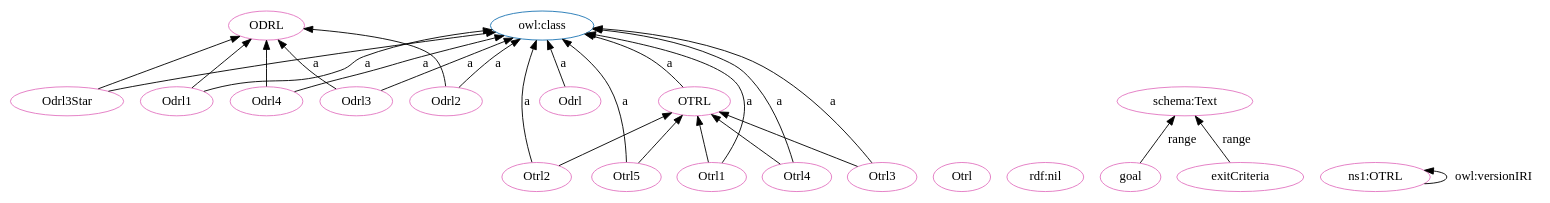
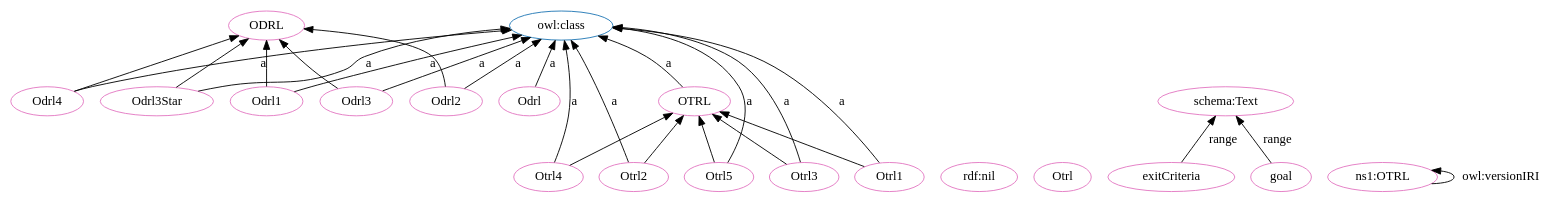
The diagram in OTRL-clean.dot (OPEN-NEXT/OKH-LOSH), drawn with Graphviz before and after one commit. The commit also changed other lines of this file and 15 other files, not shown here.

```diff
--- a/OTRL-clean.dot
+++ b/OTRL-clean.dot
@@ -1,51 +1,51 @@
 digraph G {
   rankdir=BT
   node[height=.3]
 "http://purl.org/oseg/ontologies/OTRL#ODRL" [fillcolor="#1f77b4" color="#1f77b4" label="ODRL"]
+"http://www.w3.org/2002/07/owl#class" [fillcolor="#1f77b4" color="#1f77b4" label="owl:class"]
 "http://purl.org/oseg/ontologies/OTRL#OTRL" [fillcolor="#1f77b4" color="#1f77b4" label="OTRL"]
-"http://www.w3.org/2002/07/owl#class" [fillcolor="#1f77b4" color="#1f77b4" label="owl:class"]
+"http://www.w3.org/1999/02/22-rdf-syntax-ns#nil" [fillcolor="#e377c2" color="#e377c2" label="rdf:nil"]
+"http://purl.org/oseg/ontologies/OTRL#Otrl1" [fillcolor="#e377c2" color="#e377c2" label="Otrl1"]
+"http://purl.org/oseg/ontologies/OTRL#ODRL" [fillcolor="#e377c2" color="#e377c2" label="ODRL"]
+"http://purl.org/oseg/ontologies/OTRL#Otrl" [fillcolor="#e377c2" color="#e377c2" label="Otrl"]
+"http://schema.org/Text" [fillcolor="#e377c2" color="#e377c2" label="schema:Text"]
 "http://purl.org/oseg/ontologies/OTRL#OTRL" [fillcolor="#e377c2" color="#e377c2" label="OTRL"]
-"http://purl.org/oseg/ontologies/OTRL#Otrl" [fillcolor="#e377c2" color="#e377c2" label="Otrl"]
-"http://www.w3.org/1999/02/22-rdf-syntax-ns#nil" [fillcolor="#e377c2" color="#e377c2" label="rdf:nil"]
-"http://purl.org/oseg/ontologies/OTRL#Otrl3" [fillcolor="#e377c2" color="#e377c2" label="Otrl3"]
+"http://purl.org/oseg/ontologies/OTRL#Odrl" [fillcolor="#e377c2" color="#e377c2" label="Odrl"]
+"http://purl.org/oseg/ontologies/OTRL#Otrl5" [fillcolor="#e377c2" color="#e377c2" label="Otrl5"]
+"http://purl.org/oseg/ontologies/OTRL#exitCriteria" [fillcolor="#e377c2" color="#e377c2" label="exitCriteria"]
+"http://purl.org/oseg/ontologies/OTRL" [fillcolor="#e377c2" color="#e377c2" label="ns1:OTRL"]
 "http://purl.org/oseg/ontologies/OTRL#Odrl3" [fillcolor="#e377c2" color="#e377c2" label="Odrl3"]
-"http://purl.org/oseg/ontologies/OTRL#ODRL" [fillcolor="#e377c2" color="#e377c2" label="ODRL"]
 "http://purl.org/oseg/ontologies/OTRL#Odrl2" [fillcolor="#e377c2" color="#e377c2" label="Odrl2"]
-"http://schema.org/Text" [fillcolor="#e377c2" color="#e377c2" label="schema:Text"]
-"http://purl.org/oseg/ontologies/OTRL#Otrl1" [fillcolor="#e377c2" color="#e377c2" label="Otrl1"]
-"http://purl.org/oseg/ontologies/OTRL" [fillcolor="#e377c2" color="#e377c2" label="ns1:OTRL"]
 "http://purl.org/oseg/ontologies/OTRL#goal" [fillcolor="#e377c2" color="#e377c2" label="goal"]
-"http://purl.org/oseg/ontologies/OTRL#Odrl4" [fillcolor="#e377c2" color="#e377c2" label="Odrl4"]
-"http://purl.org/oseg/ontologies/OTRL#Odrl" [fillcolor="#e377c2" color="#e377c2" label="Odrl"]
 "http://purl.org/oseg/ontologies/OTRL#Odrl1" [fillcolor="#e377c2" color="#e377c2" label="Odrl1"]
-"http://purl.org/oseg/ontologies/OTRL#exitCriteria" [fillcolor="#e377c2" color="#e377c2" label="exitCriteria"]
-"http://purl.org/oseg/ontologies/OTRL#Otrl2" [fillcolor="#e377c2" color="#e377c2" label="Otrl2"]
 "http://purl.org/oseg/ontologies/OTRL#Otrl4" [fillcolor="#e377c2" color="#e377c2" label="Otrl4"]
 "http://purl.org/oseg/ontologies/OTRL#Odrl3Star" [fillcolor="#e377c2" color="#e377c2" label="Odrl3Star"]
-"http://purl.org/oseg/ontologies/OTRL#Otrl5" [fillcolor="#e377c2" color="#e377c2" label="Otrl5"]
+"http://purl.org/oseg/ontologies/OTRL#Otrl3" [fillcolor="#e377c2" color="#e377c2" label="Otrl3"]
+"http://purl.org/oseg/ontologies/OTRL#Otrl2" [fillcolor="#e377c2" color="#e377c2" label="Otrl2"]
+"http://purl.org/oseg/ontologies/OTRL#Odrl4" [fillcolor="#e377c2" color="#e377c2" label="Odrl4"]
+  "http://purl.org/oseg/ontologies/OTRL#Odrl2" -> "http://purl.org/oseg/ontologies/OTRL#ODRL" [label=""]
+  "http://purl.org/oseg/ontologies/OTRL#exitCriteria" -> "http://schema.org/Text" [label="range"]
+  "http://purl.org/oseg/ontologies/OTRL#Otrl2" -> "http://purl.org/oseg/ontologies/OTRL#OTRL" [label=""]
+  "http://purl.org/oseg/ontologies/OTRL" -> "http://purl.org/oseg/ontologies/OTRL" [label="owl:versionIRI"]
+  "http://purl.org/oseg/ontologies/OTRL#Odrl1" -> "http://purl.org/oseg/ontologies/OTRL#ODRL" [label=""]
+  "http://purl.org/oseg/ontologies/OTRL#OTRL" -> "http://www.w3.org/2002/07/owl#class" [label="a"]
+  "http://purl.org/oseg/ontologies/OTRL#Otrl4" -> "http://www.w3.org/2002/07/owl#class" [label="a"]
+  "http://purl.org/oseg/ontologies/OTRL#Odrl3Star" -> "http://www.w3.org/2002/07/owl#class" [label="a"]
+  "http://purl.org/oseg/ontologies/OTRL#Otrl3" -> "http://www.w3.org/2002/07/owl#class" [label="a"]
+  "http://purl.org/oseg/ontologies/OTRL#Odrl4" -> "http://www.w3.org/2002/07/owl#class" [label="a"]
+  "http://purl.org/oseg/ontologies/OTRL#Otrl1" -> "http://www.w3.org/2002/07/owl#class" [label="a"]
+  "http://purl.org/oseg/ontologies/OTRL#Otrl5" -> "http://www.w3.org/2002/07/owl#class" [label="a"]
   "http://purl.org/oseg/ontologies/OTRL#Odrl3" -> "http://www.w3.org/2002/07/owl#class" [label="a"]
   "http://purl.org/oseg/ontologies/OTRL#Odrl2" -> "http://www.w3.org/2002/07/owl#class" [label="a"]
-  "http://purl.org/oseg/ontologies/OTRL" -> "http://purl.org/oseg/ontologies/OTRL" [label="owl:versionIRI"]
   "http://purl.org/oseg/ontologies/OTRL#Otrl4" -> "http://purl.org/oseg/ontologies/OTRL#OTRL" [label=""]
-  "http://purl.org/oseg/ontologies/OTRL#Odrl3" -> "http://purl.org/oseg/ontologies/OTRL#ODRL" [label=""]
-  "http://purl.org/oseg/ontologies/OTRL#Odrl1" -> "http://purl.org/oseg/ontologies/OTRL#ODRL" [label=""]
-  "http://purl.org/oseg/ontologies/OTRL#Odrl" -> "http://www.w3.org/2002/07/owl#class" [label="a"]
+  "http://purl.org/oseg/ontologies/OTRL#Otrl3" -> "http://purl.org/oseg/ontologies/OTRL#OTRL" [label=""]
+  "http://purl.org/oseg/ontologies/OTRL#Odrl1" -> "http://www.w3.org/2002/07/owl#class" [label="a"]
+  "http://purl.org/oseg/ontologies/OTRL#Odrl3Star" -> "http://purl.org/oseg/ontologies/OTRL#ODRL" [label=""]
   "http://purl.org/oseg/ontologies/OTRL#Odrl4" -> "http://purl.org/oseg/ontologies/OTRL#ODRL" [label=""]
   "http://purl.org/oseg/ontologies/OTRL#Otrl1" -> "http://purl.org/oseg/ontologies/OTRL#OTRL" [label=""]
+  "http://purl.org/oseg/ontologies/OTRL#Otrl5" -> "http://purl.org/oseg/ontologies/OTRL#OTRL" [label=""]
   "http://purl.org/oseg/ontologies/OTRL#goal" -> "http://schema.org/Text" [label="range"]
-  "http://purl.org/oseg/ontologies/OTRL#Odrl2" -> "http://purl.org/oseg/ontologies/OTRL#ODRL" [label=""]
-  "http://purl.org/oseg/ontologies/OTRL#Otrl5" -> "http://purl.org/oseg/ontologies/OTRL#OTRL" [label=""]
-  "http://purl.org/oseg/ontologies/OTRL#Otrl5" -> "http://www.w3.org/2002/07/owl#class" [label="a"]
-  "http://purl.org/oseg/ontologies/OTRL#Otrl3" -> "http://purl.org/oseg/ontologies/OTRL#OTRL" [label=""]
-  "http://purl.org/oseg/ontologies/OTRL#Otrl3" -> "http://www.w3.org/2002/07/owl#class" [label="a"]
-  "http://purl.org/oseg/ontologies/OTRL#Odrl3Star" -> "http://purl.org/oseg/ontologies/OTRL#ODRL" [label=""]
-  "http://purl.org/oseg/ontologies/OTRL#exitCriteria" -> "http://schema.org/Text" [label="range"]
-  "http://purl.org/oseg/ontologies/OTRL#Otrl1" -> "http://www.w3.org/2002/07/owl#class" [label="a"]
-  "http://purl.org/oseg/ontologies/OTRL#Odrl4" -> "http://www.w3.org/2002/07/owl#class" [label="a"]
-  "http://purl.org/oseg/ontologies/OTRL#OTRL" -> "http://www.w3.org/2002/07/owl#class" [label="a"]
-  "http://purl.org/oseg/ontologies/OTRL#Odrl1" -> "http://www.w3.org/2002/07/owl#class" [label="a"]
-  "http://purl.org/oseg/ontologies/OTRL#Otrl2" -> "http://purl.org/oseg/ontologies/OTRL#OTRL" [label=""]
   "http://purl.org/oseg/ontologies/OTRL#Otrl2" -> "http://www.w3.org/2002/07/owl#class" [label="a"]
-  "http://purl.org/oseg/ontologies/OTRL#Otrl4" -> "http://www.w3.org/2002/07/owl#class" [label="a"]
-  "http://purl.org/oseg/ontologies/OTRL#Odrl3Star" -> "http://www.w3.org/2002/07/owl#class" [label="a"]
+  "http://purl.org/oseg/ontologies/OTRL#Odrl" -> "http://www.w3.org/2002/07/owl#class" [label="a"]
+  "http://purl.org/oseg/ontologies/OTRL#Odrl3" -> "http://purl.org/oseg/ontologies/OTRL#ODRL" [label=""]
 }
```
